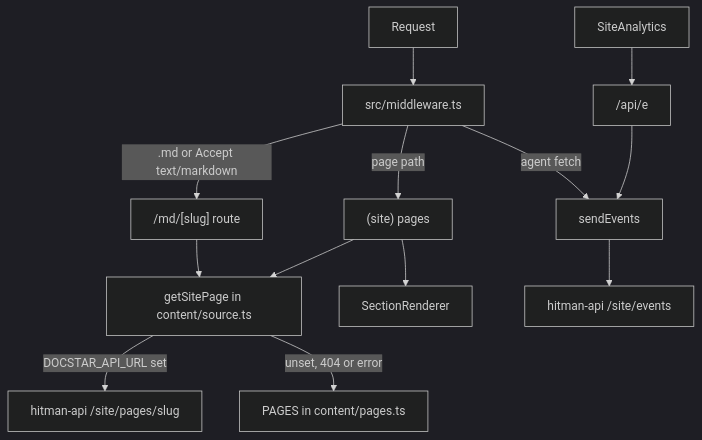
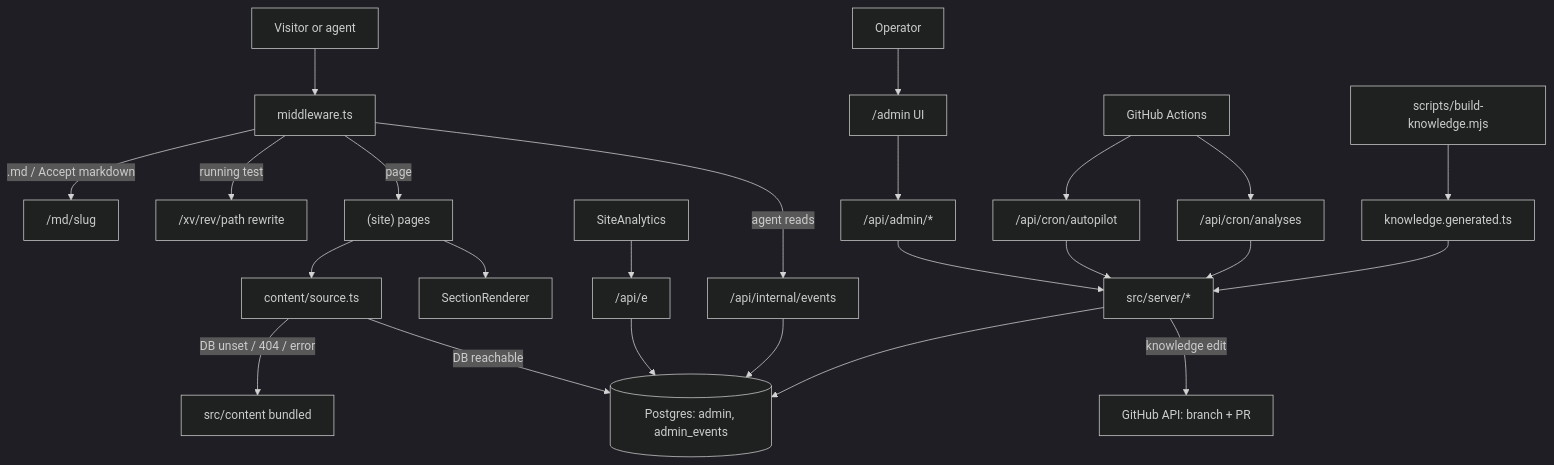
One commit to Walkover-Web-Solution/docStarWebsite changed the diagram in docs/ARCHITECTURE.md. Above: the diagram before and after it, drawn with Mermaid (dark theme). The commit also changed other lines of this file and 72 other files, not shown here.

````diff
--- a/docs/ARCHITECTURE.md
+++ b/docs/ARCHITECTURE.md
@@ -10,13 +13,17 @@
 ```mermaid
 graph TD
-  Req[Request] --> MW[src/middleware.ts]
-  MW -->|".md or Accept text/markdown"| MD["/md/[slug] route"]
-  MW -->|page path| Page["(site) pages"]
-  MW -->|agent fetch| Ev[sendEvents]
-  Page --> Src[getSitePage in content/source.ts]
-  MD --> Src
-  Src -->|DOCSTAR_API_URL set| API[hitman-api /site/pages/slug]
-  Src -->|unset, 404 or error| Local[PAGES in content/pages.ts]
-  Page --> SR[SectionRenderer]
-  Browser[SiteAnalytics] --> E["/api/e"] --> Ev --> API2[hitman-api /site/events]
+  V[Visitor or agent] --> MW[middleware.ts]
+  MW -->|".md / Accept markdown"| MD["/md/slug"]
+  MW -->|running test| XV["/xv/rev/path rewrite"]
+  MW -->|page| P["(site) pages"]
+  P --> Src[content/source.ts]
+  Src -->|DB reachable| DB[(Postgres: admin, admin_events)]
+  Src -->|DB unset / 404 / error| Local[src/content bundled]
+  P --> SR[SectionRenderer]
+  Browser[SiteAnalytics] --> E["/api/e"] --> DB
+  MW -->|agent reads| IE["/api/internal/events"] --> DB
+  Op[Operator] --> Admin["/admin UI"] --> API["/api/admin/*"] --> Srv[src/server/*] --> DB
+  Srv -->|knowledge edit| GH[GitHub API: branch + PR]
+  Cron[GitHub Actions] --> C1["/api/cron/autopilot"] & C2["/api/cron/analyses"] --> Srv
+  Build[scripts/build-knowledge.mjs] --> KB[knowledge.generated.ts] --> Srv
 ```
````
